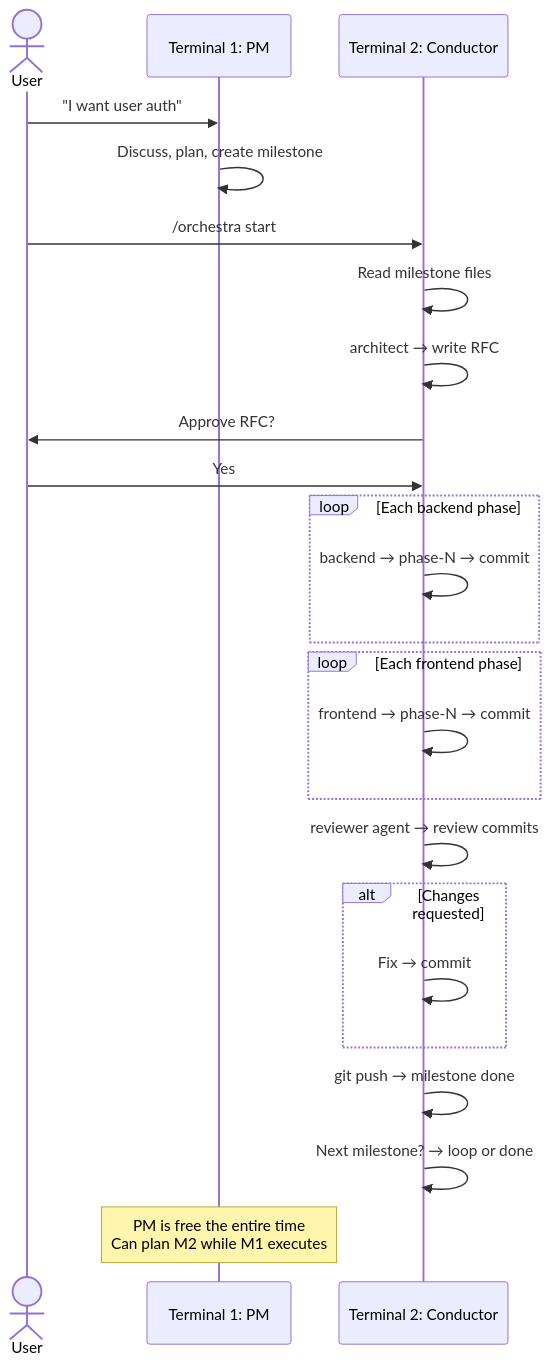
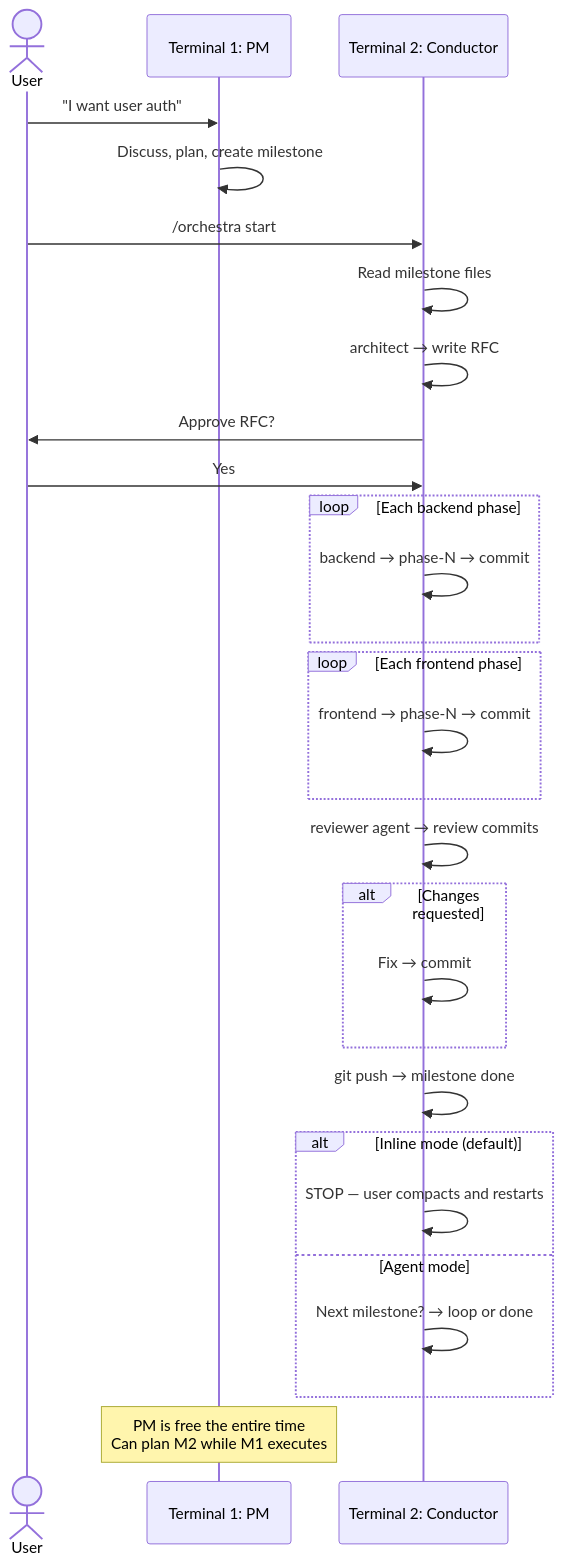
The first of 3 diagrams in .orchestra/README.md (sulhadin/orchestrator), drawn with Mermaid before and after one commit. The commit also changed other lines of this file and 9 other files, not shown here.

First line of the commit message:
feat(orchestra): add milestone isolation mode for context management

````diff
--- a/.orchestra/README.md
+++ b/.orchestra/README.md
@@ -302,36 +329,40 @@
 ```mermaid
 sequenceDiagram
     actor U as User
     participant PM as Terminal 1: PM
     participant C as Terminal 2: Conductor
 
     U->>PM: "I want user auth"
     PM->>PM: Discuss, plan, create milestone
 
     U->>C: /orchestra start
     C->>C: Read milestone files
 
     C->>C: architect → write RFC
     C->>U: Approve RFC?
     U->>C: Yes
 
     loop Each backend phase
         C->>C: backend → phase-N → commit
     end
 
     loop Each frontend phase
         C->>C: frontend → phase-N → commit
     end
 
     C->>C: reviewer agent → review commits
 
     alt Changes requested
         C->>C: Fix → commit
     end
 
     C->>C: git push → milestone done
 
-    C->>C: Next milestone? → loop or done
+    alt Inline mode (default)
+        C->>C: STOP — user compacts and restarts
+    else Agent mode
+        C->>C: Next milestone? → loop or done
+    end
 
     Note over PM: PM is free the entire time<br/>Can plan M2 while M1 executes
 ```
````
